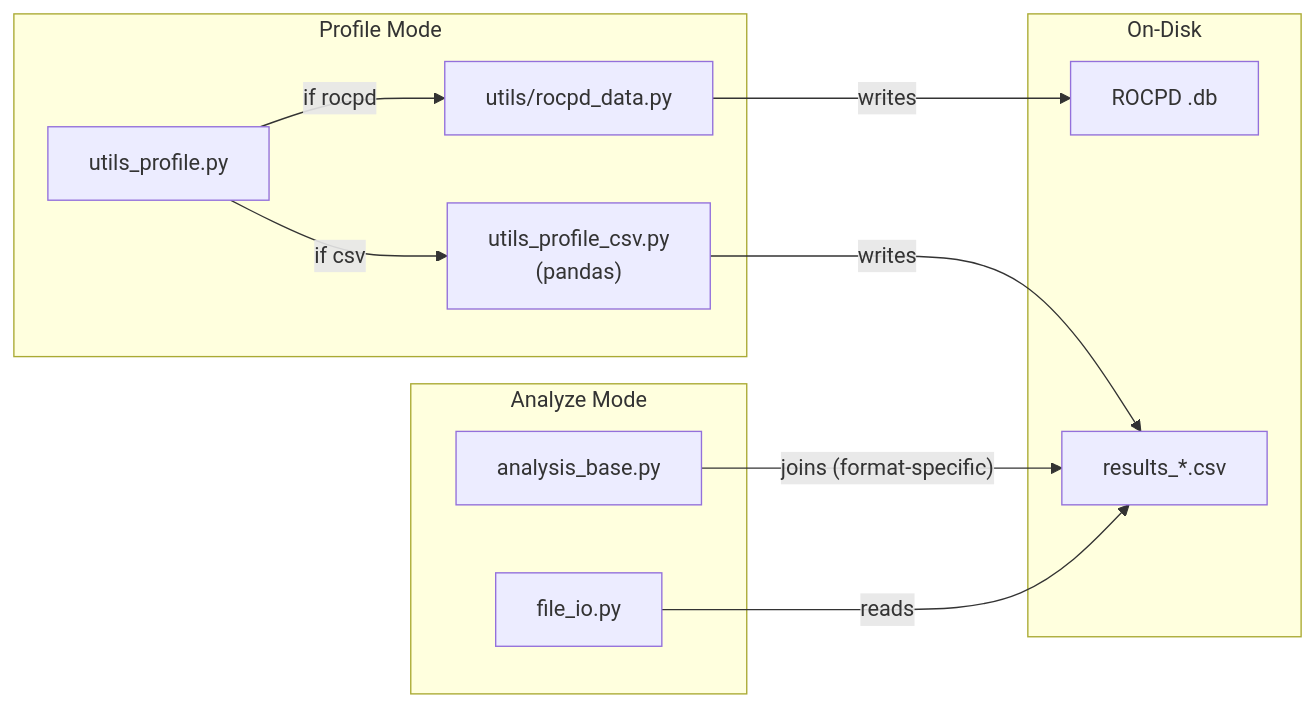
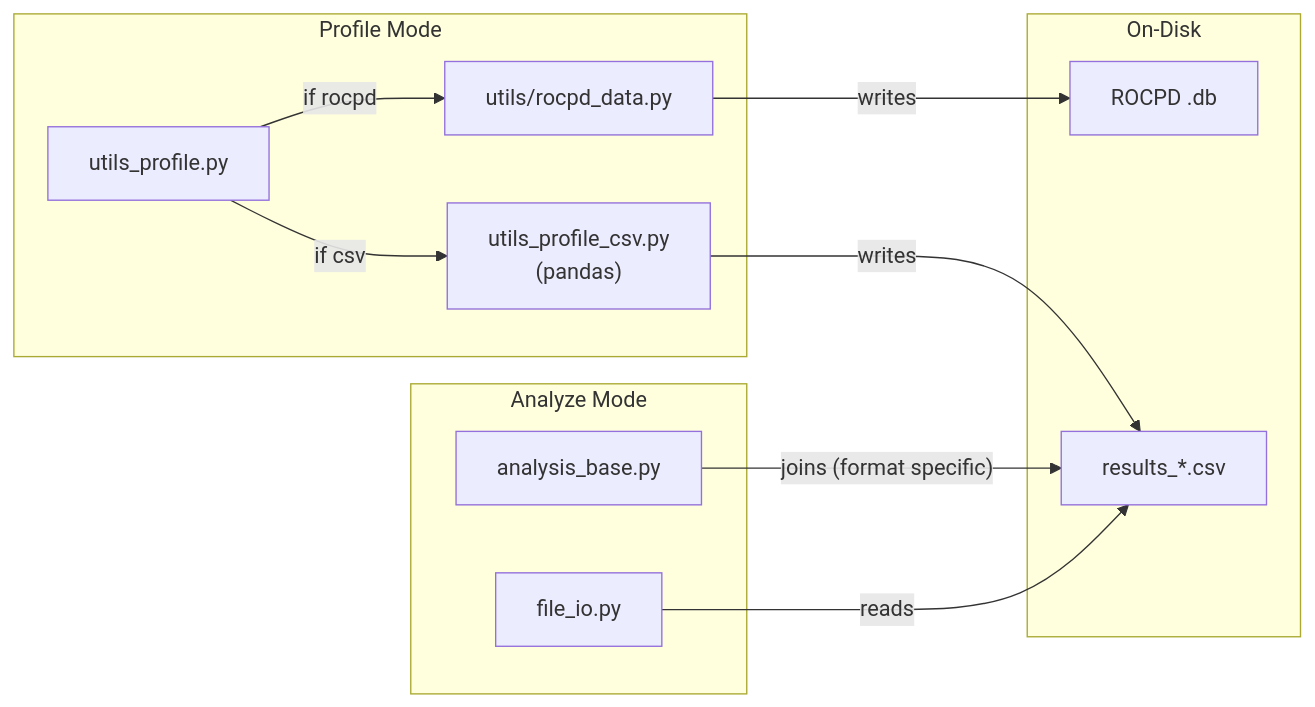
Before and after one commit to bergetbjork/rocm-systems: the first of 8 diagrams in projects/rocprofiler-compute/docs/design/profile_interface_architecture.md, drawn with Mermaid. The commit also changed other lines of this file, not shown here.

````diff
--- a/projects/rocprofiler-compute/docs/design/profile_interface_architecture.md
+++ b/projects/rocprofiler-compute/docs/design/profile_interface_architecture.md
@@ -144,22 +160,22 @@
 ```mermaid
 flowchart LR
     subgraph profile["Profile Mode"]
         uprof["utils_profile.py"]
         urocpd["utils/rocpd_data.py"]
         ucsv["utils_profile_csv.py<br/>(pandas)"]
     end
     subgraph analyze["Analyze Mode"]
         abase["analysis_base.py"]
         fio["file_io.py"]
     end
     subgraph disk["On-Disk"]
         db["ROCPD .db"]
         res["results_*.csv"]
     end
     uprof -->|"if rocpd"| urocpd
     uprof -->|"if csv"| ucsv
     urocpd -->|"writes"| db
     ucsv -->|"writes"| res
-    abase -->|"joins (format-specific)"| res
+    abase -->|"joins (format specific)"| res
     fio -->|"reads"| res
 ```
````
